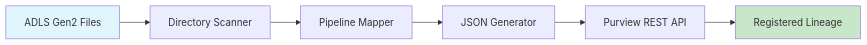
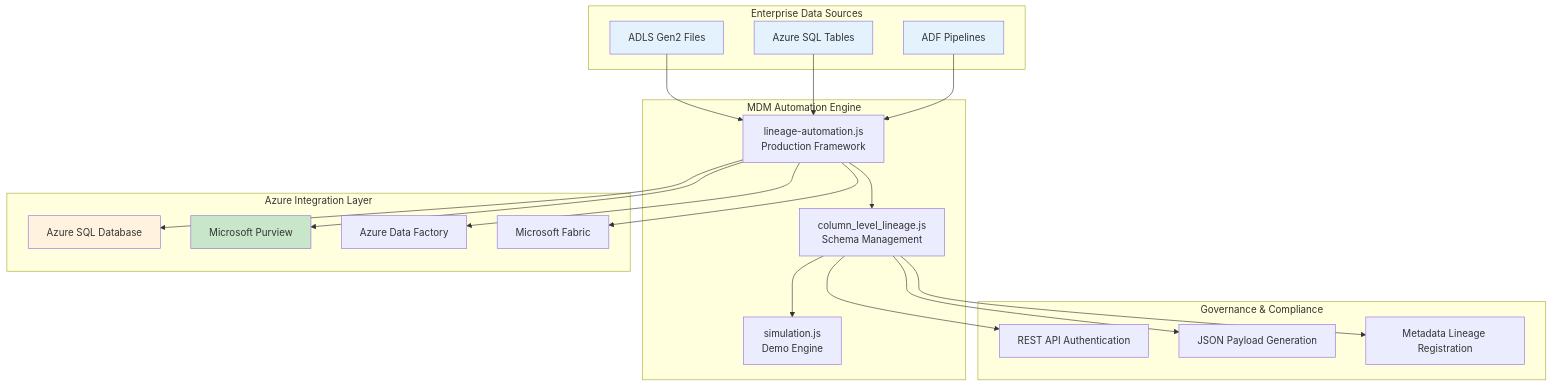
Before and after one commit to qoryhanisagal/lineageautomation: the diagram in README.md, drawn with Mermaid. The commit also changed other lines of this file and 4 other files, not shown here.

````diff
--- a/README.md
+++ b/README.md
@@ -28,11 +39,46 @@
 ```mermaid
-graph LR
-    A[ADLS Gen2 Files] --> B[Directory Scanner]
-    B --> C[Pipeline Mapper]
-    C --> D[JSON Generator]
-    D --> E[Purview REST API]
-    E --> F[Registered Lineage]
-
-    style A fill:#e1f5fe
+graph TB
+    subgraph "Enterprise Data Sources"
+        A1[ADLS Gen2 Files] 
+        A2[Azure SQL Tables]
+        A3[ADF Pipelines]
+    end
+    
+    subgraph "MDM Automation Engine"
+        B[lineage-automation.js<br/>Production Framework]
+        C[column_level_lineage.js<br/>Schema Management]
+        D[simulation.js<br/>Demo Engine]
+    end
+    
+    subgraph "Azure Integration Layer"
+        E[Azure SQL Database]
+        F[Microsoft Purview]
+        G[Azure Data Factory]
+        H[Microsoft Fabric]
+    end
+    
+    subgraph "Governance & Compliance"
+        I[REST API Authentication]
+        J[JSON Payload Generation] 
+        K[Metadata Lineage Registration]
+    end
+    
+    A1 --> B
+    A2 --> B
+    A3 --> B
+    B --> C
+    C --> D
+    B --> E
+    B --> F
+    B --> G
+    B --> H
+    C --> I
+    C --> J
+    C --> K
+    
+    style A1 fill:#e3f2fd
+    style A2 fill:#e3f2fd
+    style A3 fill:#e3f2fd
     style F fill:#c8e6c9
+    style E fill:#fff3e0
 ```
````
